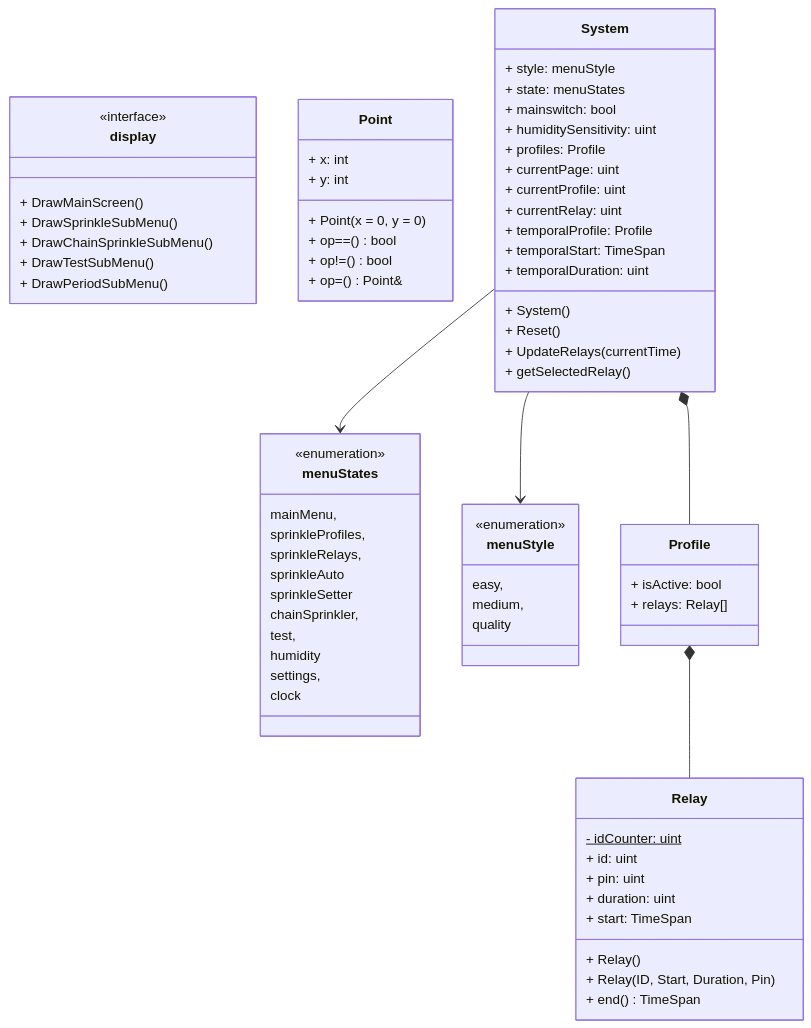
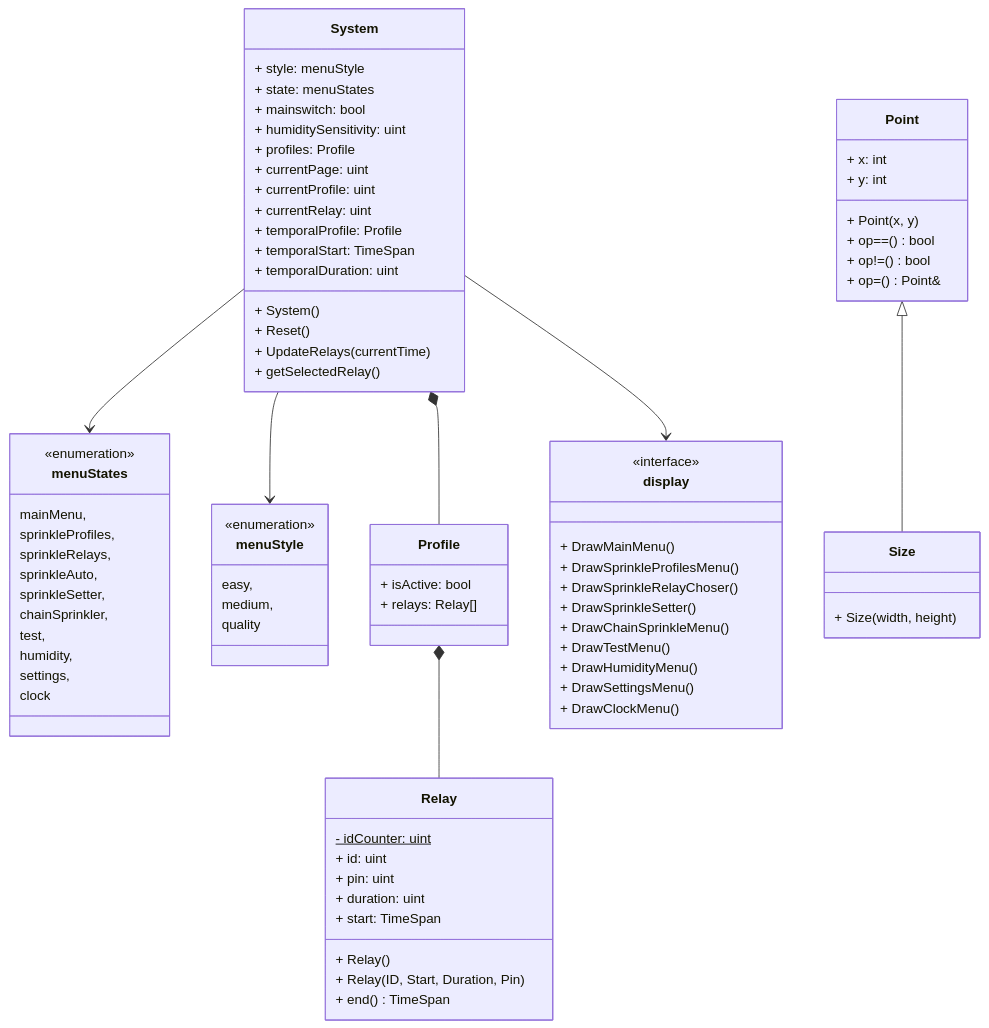
Before and after one commit to Spyro1/SprinkleSystem: the diagram in README.md, drawn with Mermaid. The commit also changed 9 other files, not shown here.

````diff
--- a/README.md
+++ b/README.md
@@ -43,11 +43,11 @@
         mainMenu, 
         sprinkleProfiles, 
         sprinkleRelays, 
-        sprinkleAuto
-        sprinkleSetter
+        sprinkleAuto,
+        sprinkleSetter,
         chainSprinkler,
         test,
-        humidity
+        humidity,
         settings,
         clock
     }
@@ -73,19 +73,26 @@
     }
     class display{
       <<interface>>
-        + DrawMainScreen()
-        + DrawSprinkleSubMenu()
-        + DrawChainSprinkleSubMenu()
-        + DrawTestSubMenu()
-        + DrawPeriodSubMenu()
+        + DrawMainMenu()
+        + DrawSprinkleProfilesMenu()
+        + DrawSprinkleRelayChoser()
+        + DrawSprinkleSetter()
+        + DrawChainSprinkleMenu()
+        + DrawTestMenu()
+        + DrawHumidityMenu()
+        + DrawSettingsMenu()
+        + DrawClockMenu()
     }
     class Point{
       + x: int
       + y: int
-      + Point(x = 0, y = 0)
+      + Point(x, y)
       + op==() bool
       + op!=() bool
       + op=() Point&
+    }
+    class Size{
+      + Size(width, height)
     }
     
     class System{
@@ -112,7 +119,10 @@
     System --> menuStyle
     System --> menuStates
     System *-- Profile
+    System --> display
     
     Profile *-- Relay
+    
+    Point <|-- Size
 
 ```
````
